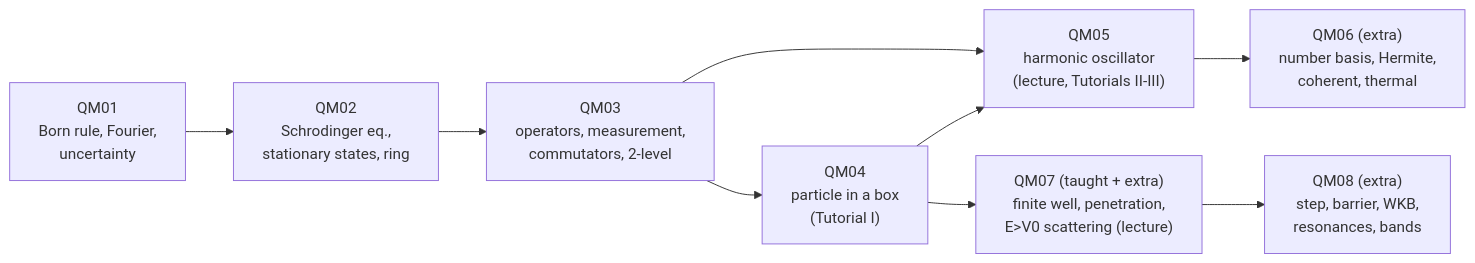
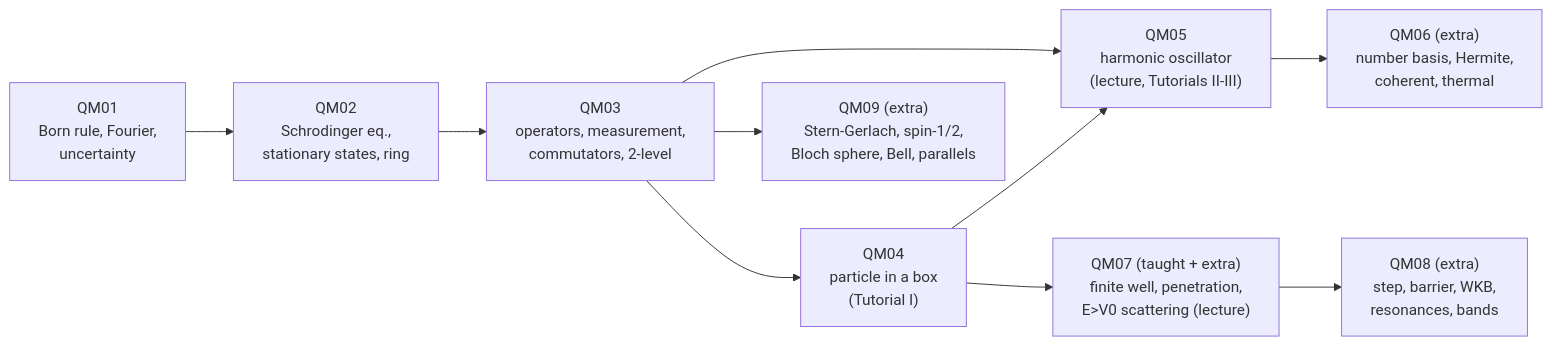
The diagram in 06-Quantum-Mechanics/Quantum Mechanics - Course Map.md (etswastik712/notes), drawn with Mermaid before and after one commit. The commit also changed other lines of this file and 33 other files, not shown here.

````diff
--- a/06-Quantum-Mechanics/Quantum Mechanics - Course Map.md
+++ b/06-Quantum-Mechanics/Quantum Mechanics - Course Map.md
@@ -21,11 +21,12 @@
 ```mermaid
 flowchart LR
   A["QM01<br/>Born rule, Fourier,<br/>uncertainty"] --> B["QM02<br/>Schrodinger eq.,<br/>stationary states, ring"]
   B --> C["QM03<br/>operators, measurement,<br/>commutators, 2-level"]
   C --> D["QM04<br/>particle in a box<br/>(Tutorial I)"]
   C --> E["QM05<br/>harmonic oscillator<br/>(lecture, Tutorials II-III)"]
   D --> E
   E --> F["QM06 (extra)<br/>number basis, Hermite,<br/>coherent, thermal"]
   D --> G["QM07 (taught + extra)<br/>finite well, penetration,<br/>E>V0 scattering (lecture)"]
   G --> H["QM08 (extra)<br/>step, barrier, WKB,<br/>resonances, bands"]
+  C --> I["QM09 (extra)<br/>Stern-Gerlach, spin-1/2,<br/>Bloch sphere, Bell, parallels"]
 ```
````
